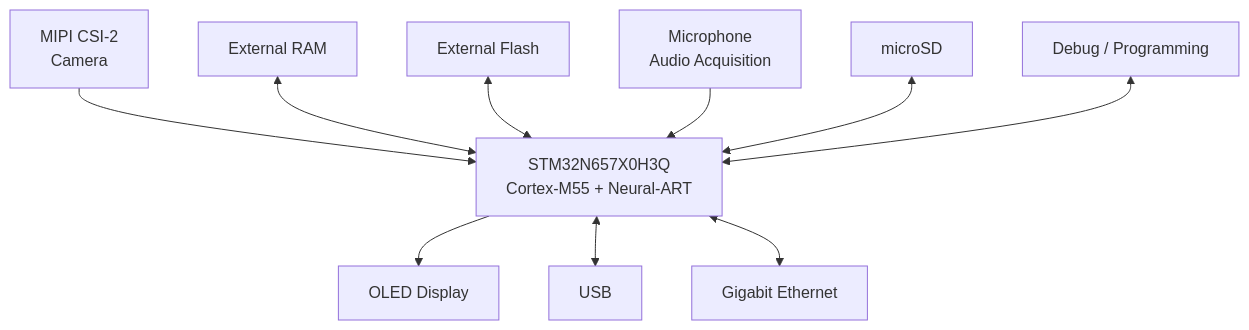
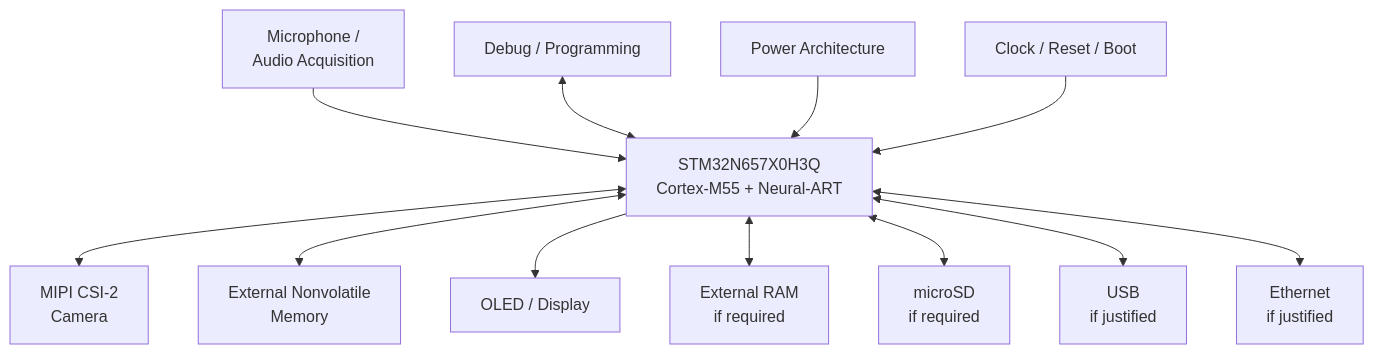
Before and after one commit to danielftsilva/cAiGED: the third of 18 diagrams in README.md, drawn with Mermaid. The commit also changed other lines of this file, not shown here.

````diff
--- a/README.md
+++ b/README.md
@@ -117,24 +168,32 @@
 ```mermaid
 flowchart TB
     MCU["STM32N657X0H3Q<br/>Cortex-M55 + Neural-ART"]
 
     CAM["MIPI CSI-2<br/>Camera"]
-    RAM["External RAM"]
-    FLASH["External Flash"]
-    MIC["Microphone<br/>Audio Acquisition"]
-    OLED["OLED Display"]
-    SD["microSD"]
-    USB["USB"]
-    ETH["Gigabit Ethernet"]
+    MIC["Microphone /<br/>Audio Acquisition"]
+    FLASH["External Nonvolatile<br/>Memory"]
+    OLED["OLED / Display"]
     DBG["Debug / Programming"]
+    PWR["Power Architecture"]
+    CLK["Clock / Reset / Boot"]
 
-    CAM --> MCU
-    RAM <--> MCU
-    FLASH <--> MCU
+    MCU <--> CAM
     MIC --> MCU
+    MCU <--> FLASH
     MCU --> OLED
-    SD <--> MCU
+    DBG <--> MCU
+    PWR --> MCU
+    CLK --> MCU
+
+    RAM["External RAM<br/>if required"]
+    MCU <--> RAM
+
+    SD["microSD<br/>if required"]
+    MCU <--> SD
+
+    USB["USB<br/>if justified"]
     MCU <--> USB
+
+    ETH["Ethernet<br/>if justified"]
     MCU <--> ETH
-    DBG <--> MCU
 ```
````
